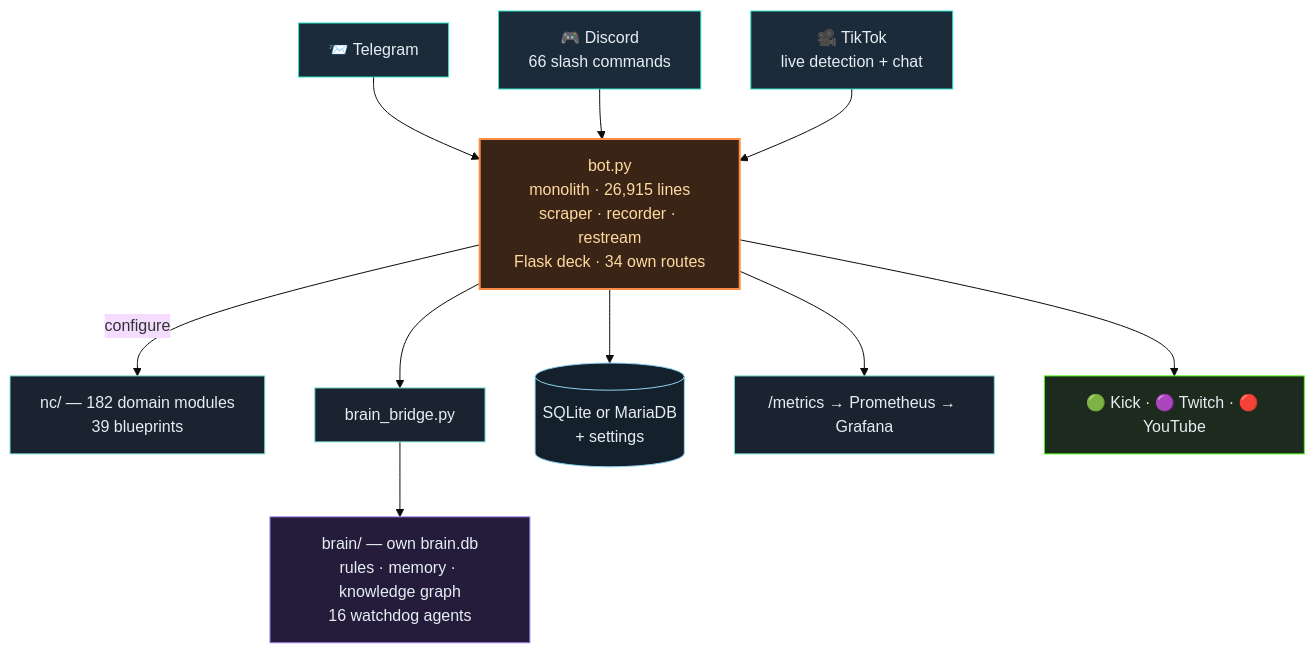
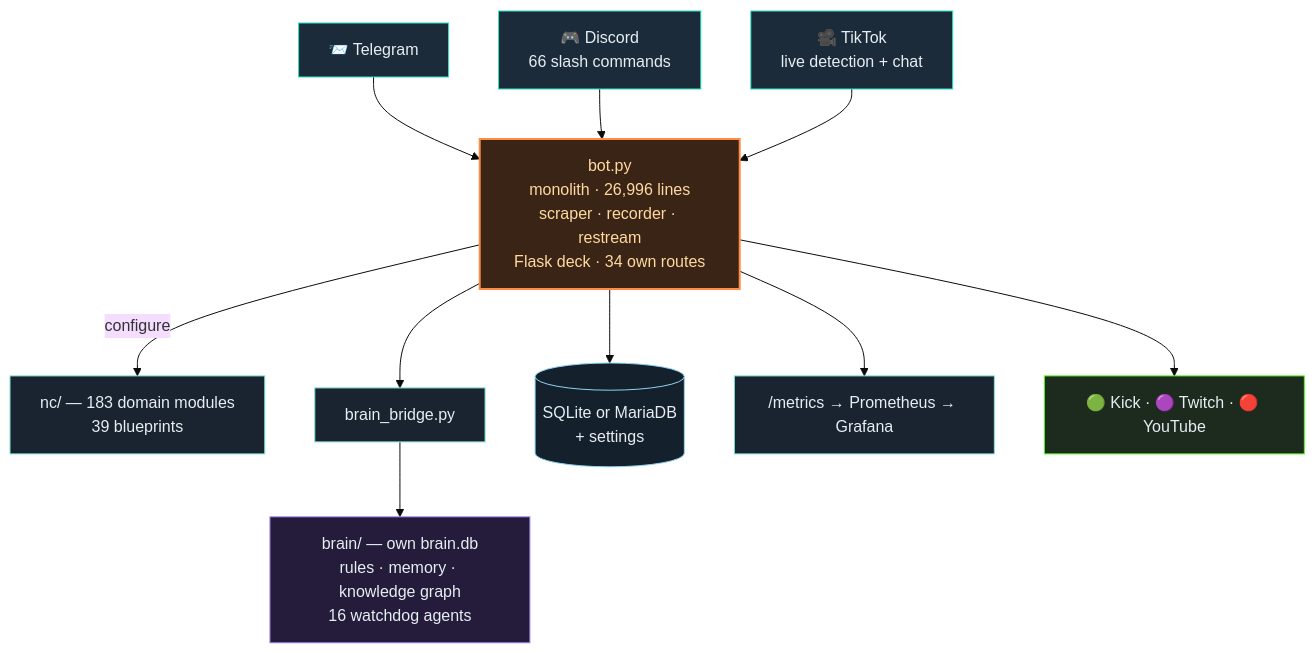
Before and after one commit to itsamemedev/Telegram-Stream-Info-Bot: the second of 3 diagrams in README.en.md, drawn with Mermaid (base theme). The commit also changed other lines of this file and 14 other files, not shown here.

````diff
--- a/README.en.md
+++ b/README.en.md
@@ -119,19 +119,19 @@
 ```mermaid
 flowchart TB
     TG["📨 Telegram"]:::ein --> BOT
     DC["🎮 Discord<br/>66 slash commands"]:::ein --> BOT
     TT["🎥 TikTok<br/>live detection + chat"]:::ein --> BOT
-    BOT["bot.py<br/>monolith · 26,915 lines<br/>scraper · recorder · restream<br/>Flask deck · 34 own routes"]:::core
-    BOT -->|configure| NC["nc/ — 182 domain modules<br/>39 blueprints"]:::lib
+    BOT["bot.py<br/>monolith · 26,996 lines<br/>scraper · recorder · restream<br/>Flask deck · 34 own routes"]:::core
+    BOT -->|configure| NC["nc/ — 183 domain modules<br/>39 blueprints"]:::lib
     BOT --> BR["brain_bridge.py"]:::lib
     BR --> BRAIN["brain/ — own brain.db<br/>rules · memory · knowledge graph<br/>16 watchdog agents"]:::brain
     BOT --> DB[("SQLite or MariaDB<br/>+ settings")]:::db
     BOT --> PROM["/metrics → Prometheus → Grafana"]:::lib
     BOT --> OUT["🟢 Kick · 🟣 Twitch · 🔴 YouTube"]:::out
     classDef ein fill:#1c2b3a,stroke:#2de1c2,color:#e6edf3
     classDef core fill:#3a2415,stroke:#ff8c42,stroke-width:2px,color:#ffd9a0
     classDef lib fill:#1a2430,stroke:#7fe7d4,color:#e6edf3
     classDef brain fill:#241c3a,stroke:#a78bfa,color:#e6edf3
     classDef db fill:#14202c,stroke:#8fd3f4,color:#e6edf3
     classDef out fill:#1c2b1e,stroke:#53fc18,color:#e6edf3
 ```
````
